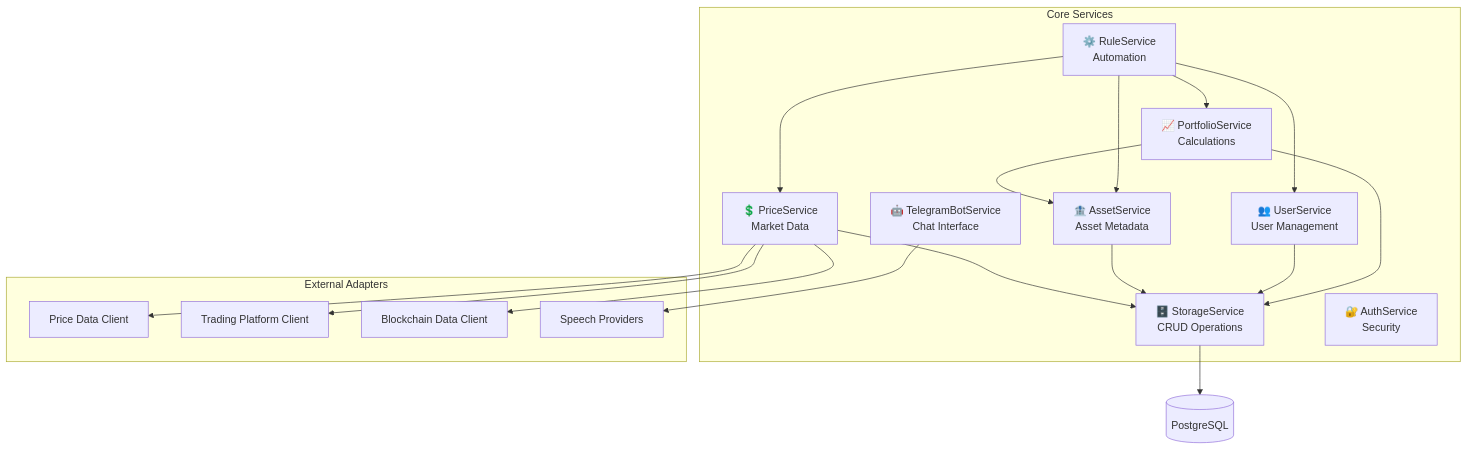
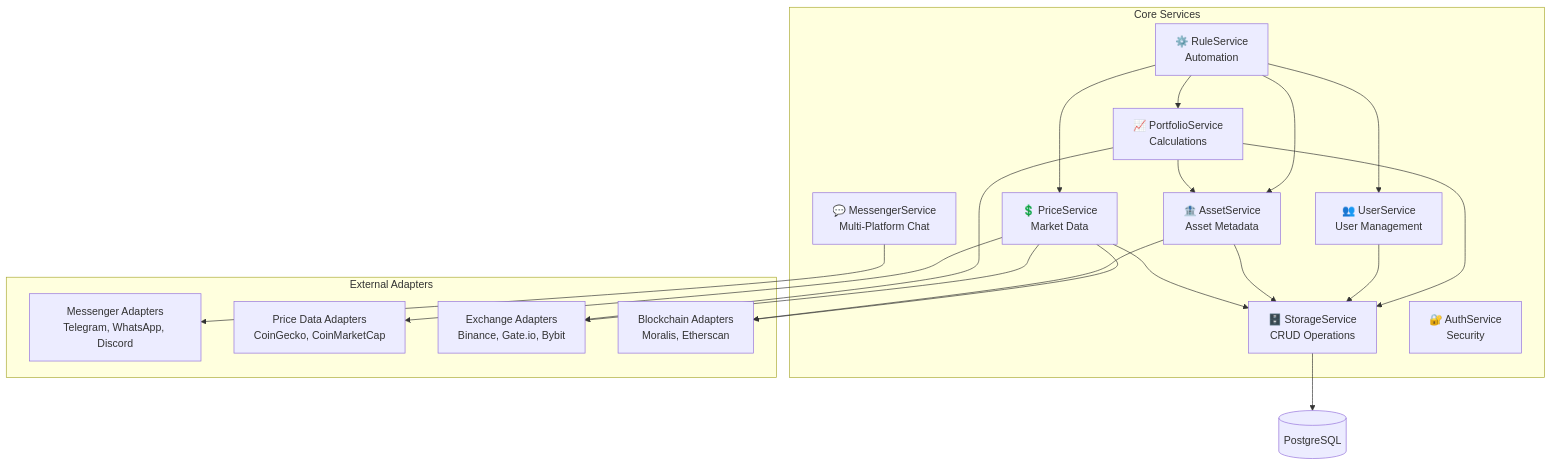
Before and after one commit to foxcool/greedy-eye: the third of 3 diagrams in docs/architecture.md, drawn with Mermaid. The commit also changed other lines of this file and 59 other files, not shown here.

````diff
--- a/docs/architecture.md
+++ b/docs/architecture.md
@@ -274,40 +274,41 @@
 ```mermaid
 graph TB
     subgraph "Core Services"
         Storage[🗄️ StorageService<br/>CRUD Operations]
         User[👥 UserService<br/>User Management]
         Asset[🏦 AssetService<br/>Asset Metadata]
         Portfolio[📈 PortfolioService<br/>Calculations]
         Price[💲 PriceService<br/>Market Data]
         Rule[⚙️ RuleService<br/>Automation]
         Auth[🔐 AuthService<br/>Security]
-        Telegram[🤖 TelegramBotService<br/>Chat Interface]
+        Messenger[💬 MessengerService<br/>Multi-Platform Chat]
     end
 
     subgraph "External Adapters"
-        PriceAdapter[Price Data Client]
-        TradingAdapter[Trading Platform Client]
-        DataAdapter[Blockchain Data Client]
-        SpeechAdapter[Speech Providers]
+        MessengerAdapter[Messenger Adapters<br/>Telegram, WhatsApp, Discord]
+        PriceAdapter[Price Data Adapters<br/>CoinGecko, CoinMarketCap]
+        ExchangeAdapter[Exchange Adapters<br/>Binance, Gate.io, Bybit]
+        BlockchainAdapter[Blockchain Adapters<br/>Moralis, Etherscan]
     end
 
     Storage --> Database[(PostgreSQL)]
 
     Price --> PriceAdapter
-    Price --> TradingAdapter
-    Price --> DataAdapter
+    Price --> ExchangeAdapter
+    Price --> BlockchainAdapter
 
-    Telegram --> SpeechAdapter
-
+    Messenger --> MessengerAdapter
     Rule --> User
     Rule --> Portfolio
     Rule --> Asset
     Rule --> Price
 
     Portfolio --> Asset
     Portfolio --> Storage
+    Portfolio --> ExchangeAdapter
 
     User --> Storage
     Asset --> Storage
+    Asset --> BlockchainAdapter
     Price --> Storage
 ```
````
